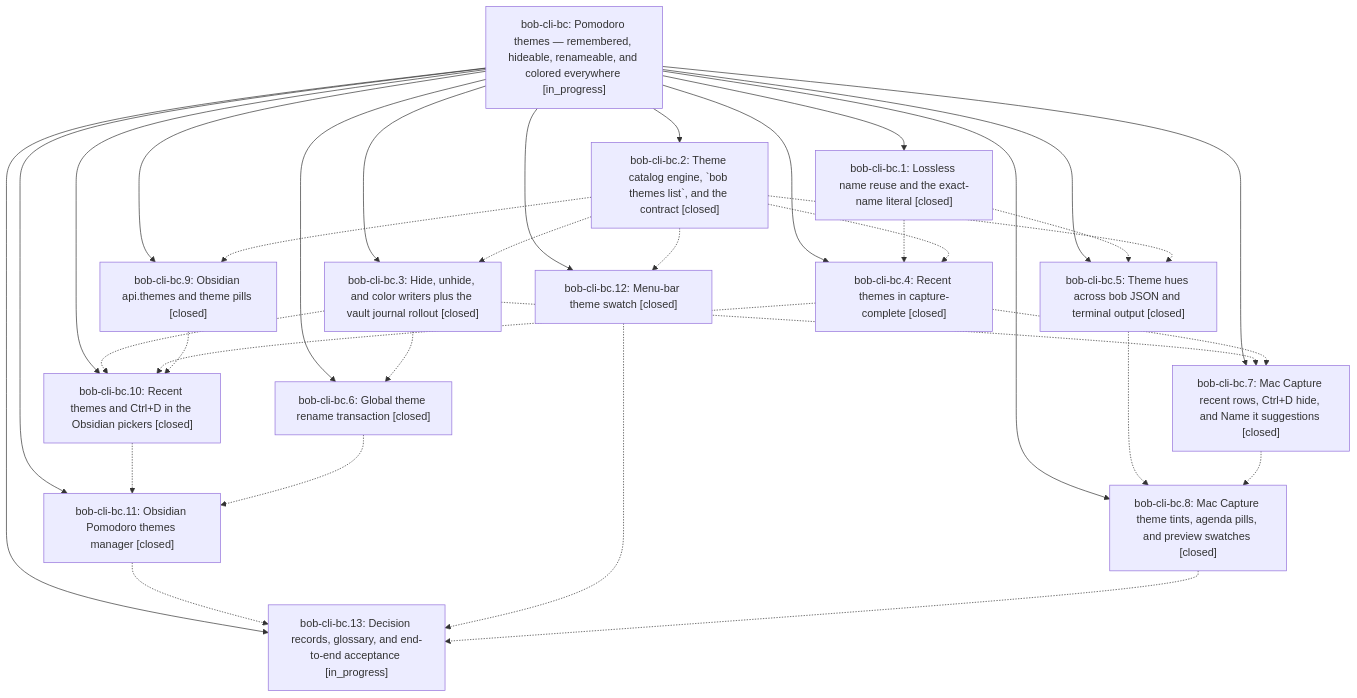
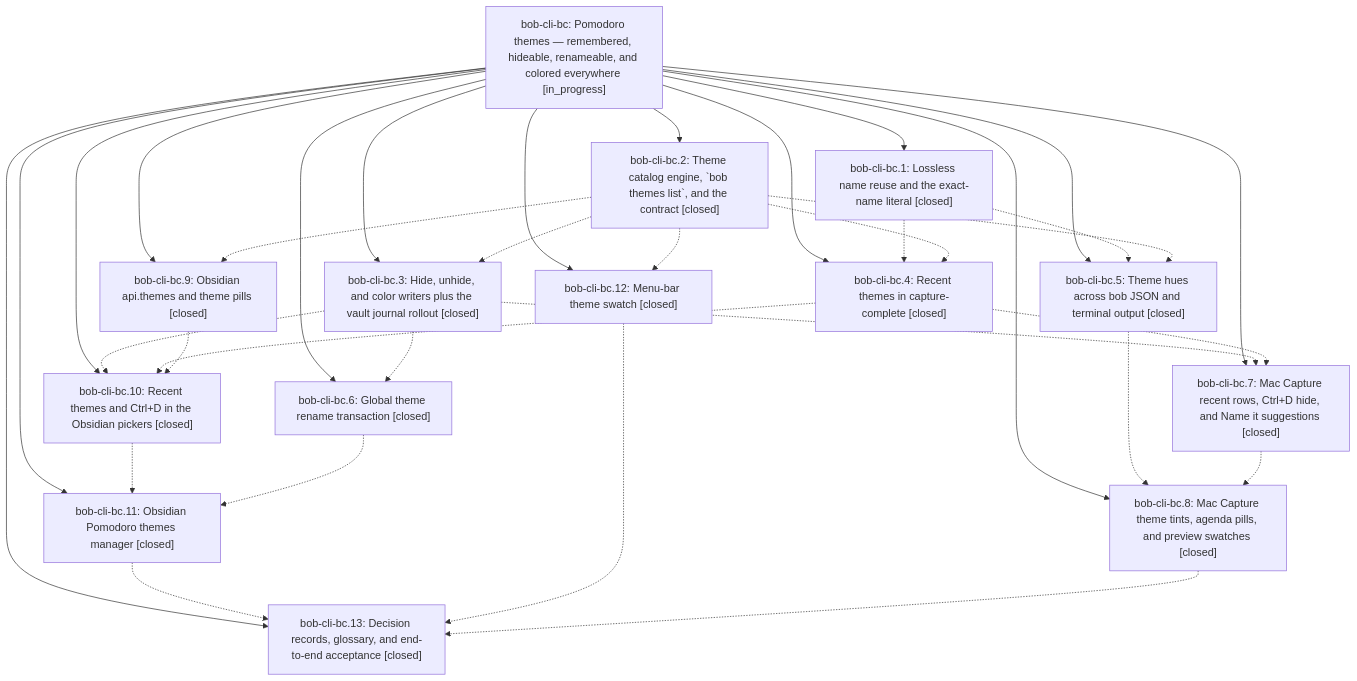
The diagram in pages/bob-cli-bc/README.md (bobs-org/bob-cli--beads), drawn with Mermaid before and after one commit. The commit also changed other lines of this file and 6 other files, not shown here.

First line of the commit message:
chore(beads): sync bead state and pages for bob-cli-bc

````diff
--- a/pages/bob-cli-bc/README.md
+++ b/pages/bob-cli-bc/README.md
@@ -58,50 +58,50 @@
 ```mermaid
 flowchart TD
     n0["bob-cli-bc: Pomodoro themes — remembered, hideable, renameable, and colored everywhere [in_progress]"]
     n1["bob-cli-bc.1: Lossless name reuse and the exact-name literal [closed]"]
     n2["bob-cli-bc.10: Recent themes and Ctrl+D in the Obsidian pickers [closed]"]
     n3["bob-cli-bc.11: Obsidian Pomodoro themes manager [closed]"]
     n4["bob-cli-bc.12: Menu-bar theme swatch [closed]"]
-    n5["bob-cli-bc.13: Decision records, glossary, and end-to-end acceptance [in_progress]"]
+    n5["bob-cli-bc.13: Decision records, glossary, and end-to-end acceptance [closed]"]
     n6["bob-cli-bc.2: Theme catalog engine, `bob themes list`, and the contract [closed]"]
     n7["bob-cli-bc.3: Hide, unhide, and color writers plus the vault journal rollout [closed]"]
     n8["bob-cli-bc.4: Recent themes in capture-complete [closed]"]
     n9["bob-cli-bc.5: Theme hues across bob JSON and terminal output [closed]"]
     n10["bob-cli-bc.6: Global theme rename transaction [closed]"]
     n11["bob-cli-bc.7: Mac Capture recent rows, Ctrl+D hide, and Name it suggestions [closed]"]
     n12["bob-cli-bc.8: Mac Capture theme tints, agenda pills, and preview swatches [closed]"]
     n13["bob-cli-bc.9: Obsidian api.themes and theme pills [closed]"]
     n0 --> n1
     n0 --> n2
     n0 --> n3
     n0 --> n4
     n0 --> n5
     n0 --> n6
     n0 --> n7
     n0 --> n8
     n0 --> n9
     n0 --> n10
     n0 --> n11
     n0 --> n12
     n0 --> n13
     n1 -.-> n8
     n1 -.-> n9
     n2 -.-> n3
     n3 -.-> n5
     n4 -.-> n5
     n6 -.-> n4
     n6 -.-> n7
     n6 -.-> n8
     n6 -.-> n9
     n6 -.-> n13
     n7 -.-> n2
     n7 -.-> n10
     n7 -.-> n11
     n8 -.-> n2
     n8 -.-> n11
     n9 -.-> n12
     n10 -.-> n3
     n11 -.-> n12
     n12 -.-> n5
     n13 -.-> n2
 ```
````
